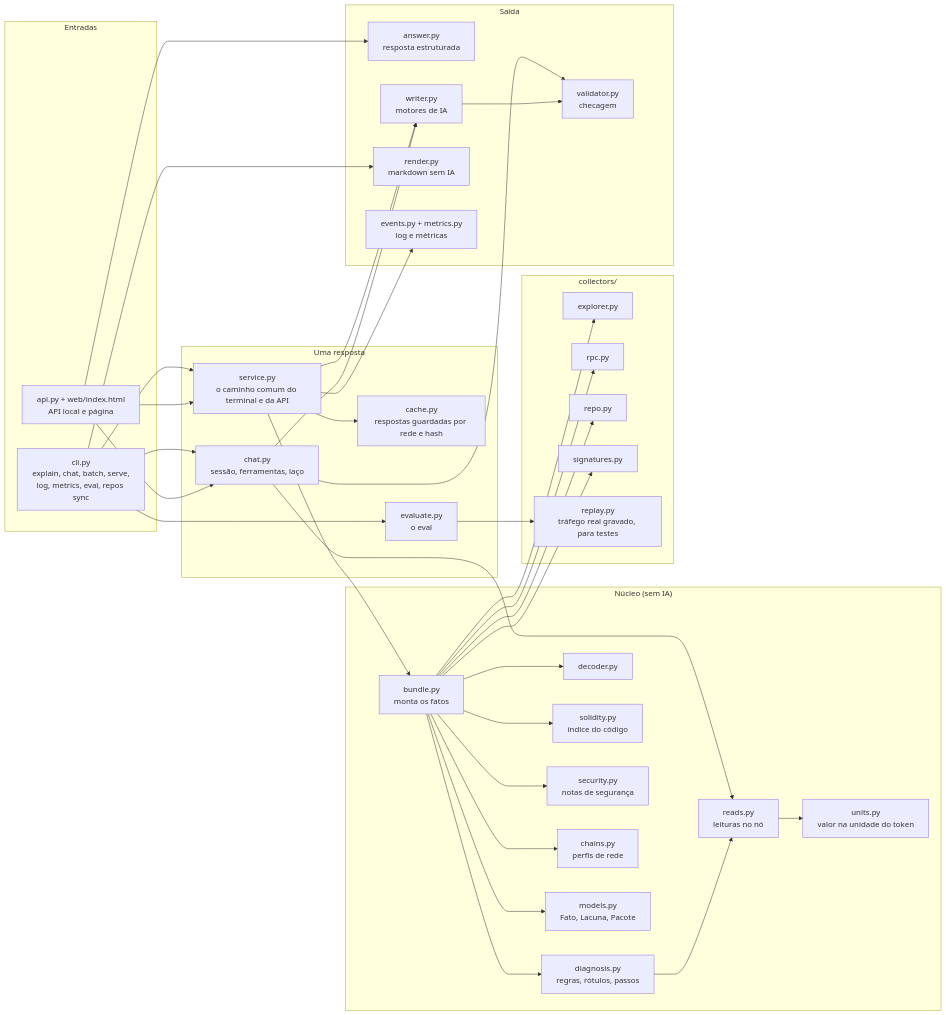
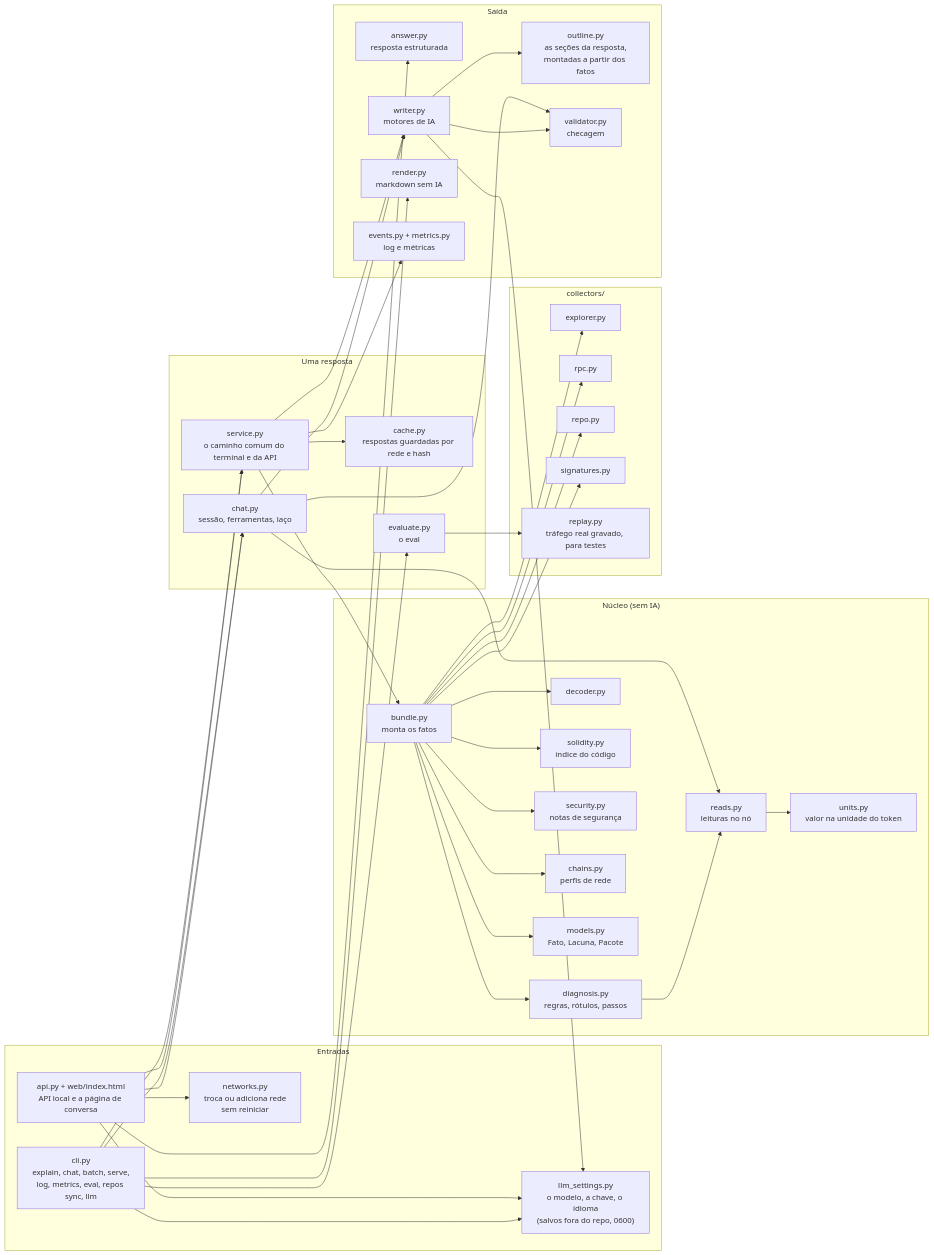
Before and after one commit to Ebaoj/anychain: the seventh of 9 diagrams in docs/ARCHITECTURE.pt-BR.md, drawn with Mermaid. The commit also changed other lines of this file and 11 other files, not shown here.

First line of the commit message:
Deliverable up to date after D59-D67: README (page, full API, all metrics SQL, impact summary, mirror note, rounding), fresh samples and eval, architecture docs to D67; support prompt keeps token names and the inner error (D68)

````diff
--- a/docs/ARCHITECTURE.pt-BR.md
+++ b/docs/ARCHITECTURE.pt-BR.md
@@ -230,71 +229,79 @@
 ```mermaid
 flowchart LR
     subgraph entry["Entradas"]
-        cli["cli.py<br/>explain, chat, batch, serve,<br/>log, metrics, eval, repos sync"]
-        api["api.py + web/index.html<br/>API local e página"]
+        cli["cli.py<br/>explain, chat, batch, serve,<br/>log, metrics, eval, repos sync, llm"]
+        api["api.py + web/index.html<br/>API local e a página de conversa"]
+        networks["networks.py<br/>troca ou adiciona rede<br/>sem reiniciar"]
+        settings["llm_settings.py<br/>o modelo, a chave, o idioma<br/>(salvos fora do repo, 0600)"]
     end
 
     subgraph service_g["Uma resposta"]
         service["service.py<br/>o caminho comum do terminal e da API"]
         cache["cache.py<br/>respostas guardadas por rede e hash"]
         chat["chat.py<br/>sessão, ferramentas, laço"]
         evaluate["evaluate.py<br/>o eval"]
     end
 
     subgraph core["Núcleo (sem IA)"]
         bundle["bundle.py<br/>monta os fatos"]
         diagnosis["diagnosis.py<br/>regras, rótulos, passos"]
         reads["reads.py<br/>leituras no nó"]
         units["units.py<br/>valor na unidade do token"]
         decoder["decoder.py"]
         solidity["solidity.py<br/>índice do código"]
         security["security.py<br/>notas de segurança"]
         chains["chains.py<br/>perfis de rede"]
         models["models.py<br/>Fato, Lacuna, Pacote"]
     end
 
     subgraph collectors["collectors/"]
         explorer["explorer.py"]
         rpc["rpc.py"]
         repo["repo.py"]
         signatures["signatures.py"]
         replay["replay.py<br/>tráfego real gravado, para testes"]
     end
 
     subgraph output["Saída"]
         answer["answer.py<br/>resposta estruturada"]
+        outline["outline.py<br/>as seções da resposta,<br/>montadas a partir dos fatos"]
         writer["writer.py<br/>motores de IA"]
         validator["validator.py<br/>checagem"]
         render["render.py<br/>markdown sem IA"]
         events["events.py + metrics.py<br/>log e métricas"]
     end
 
     cli --> service
     api --> service
+    api --> networks
+    api --> settings
+    cli --> settings
+    writer --> outline
+    writer --> settings
     cli --> chat
     api --> chat
     cli --> evaluate
     service --> cache
     service --> bundle
     service --> writer
     service --> events
     chat --> reads
     chat --> writer
     chat --> validator
     bundle --> diagnosis
     bundle --> explorer
     bundle --> rpc
     bundle --> decoder
     bundle --> solidity
     bundle --> security
     bundle --> repo
     bundle --> signatures
     bundle --> chains
     bundle --> models
     diagnosis --> reads
     reads --> units
     writer --> validator
     api --> answer
     cli --> render
     evaluate --> replay
 ```
````
